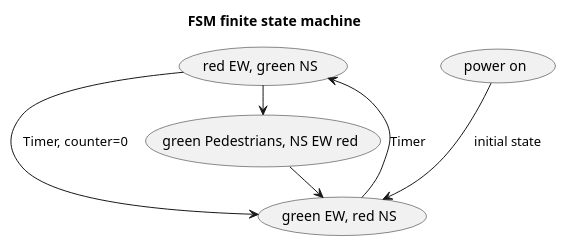
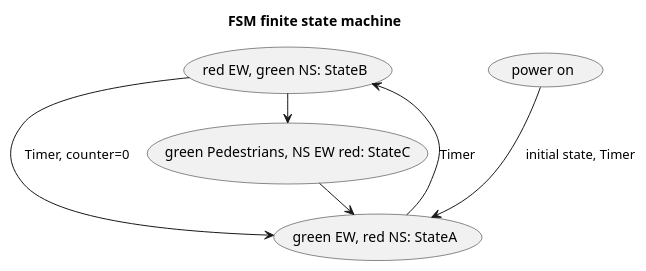
The diagram in AkkaActorSystem/Task03/task03.puml (atulmish/devconf-lk-20190223), drawn with PlantUML before and after one commit. The commit also changed 3 other files, not shown here.

```diff
--- a/AkkaActorSystem/Task03/task03.puml
+++ b/AkkaActorSystem/Task03/task03.puml
@@ -1,14 +1,14 @@
 @startuml
 title FSM finite state machine
 (power on) as ci
-(green EW, red NS) as ew
-(red EW, green NS) as ns
-(green Pedestrians, NS EW red) as gp
+(green EW, red NS: StateA) as ew
+(red EW, green NS: StateB) as ns
+(green Pedestrians, NS EW red: StateC) as gp
 
-ci--> ew: initial state
+ci--> ew: initial state, Timer
 ew-->ns:Timer
 ns->ew:Timer, counter=0
 ns->gp:Timer, counter>0
 gp->ew:Timer
 
 @enduml
```
